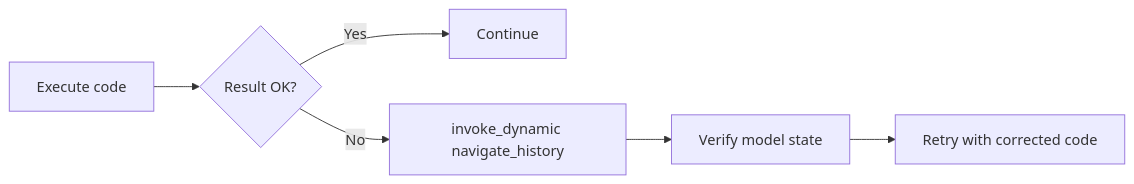
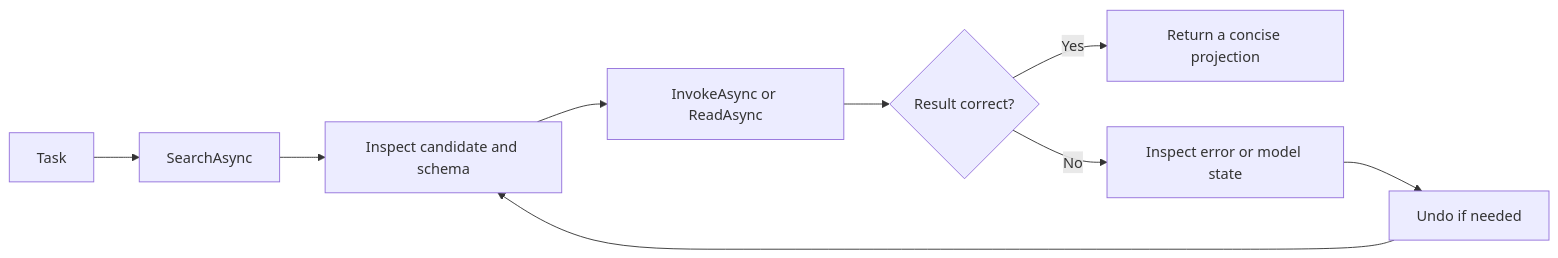
The diagram in docs/architecture/MCP/workflows.md (trgiangv/RevitDevTool), drawn with Mermaid before and after one commit. The commit also changed other lines of this file and 16 other files, not shown here.

First line of the commit message:
feat(mcp): rank catalog search with schema coverage and BM25F

````diff
--- a/docs/architecture/MCP/workflows.md
+++ b/docs/architecture/MCP/workflows.md
@@ -39,8 +55,11 @@
 ```mermaid
 flowchart LR
-    A[Execute code] --> B{Result OK?}
-    B -->|Yes| C[Continue]
-    B -->|No| D[invoke_dynamic navigate_history]
-    D --> E[Verify model state]
-    E --> F[Retry with corrected code]
+    A[Task] --> B[SearchAsync]
+    B --> C[Inspect candidate and schema]
+    C --> D[InvokeAsync or ReadAsync]
+    D --> E{Result correct?}
+    E -->|Yes| F[Return a concise projection]
+    E -->|No| G[Inspect error or model state]
+    G --> H[Undo if needed]
+    H --> C
 ```
````
